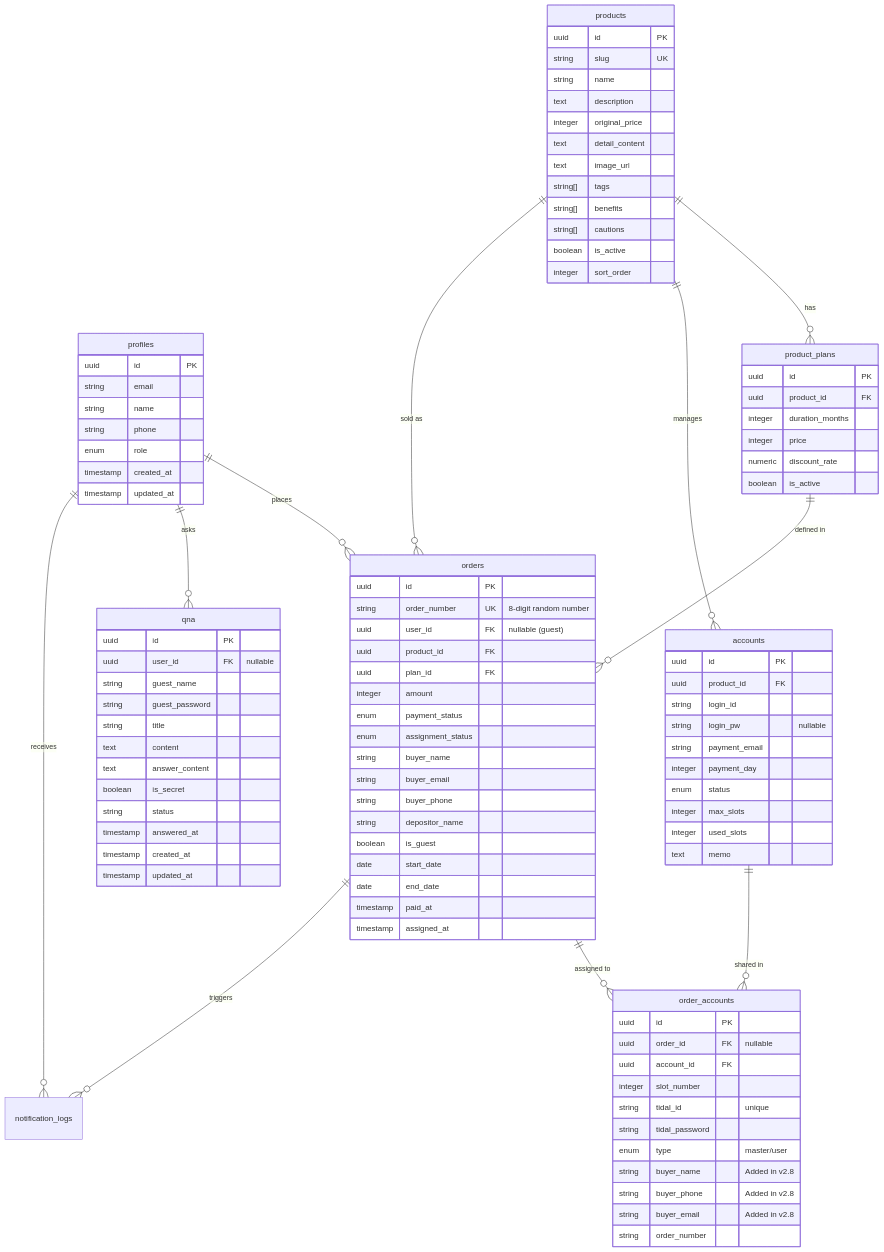
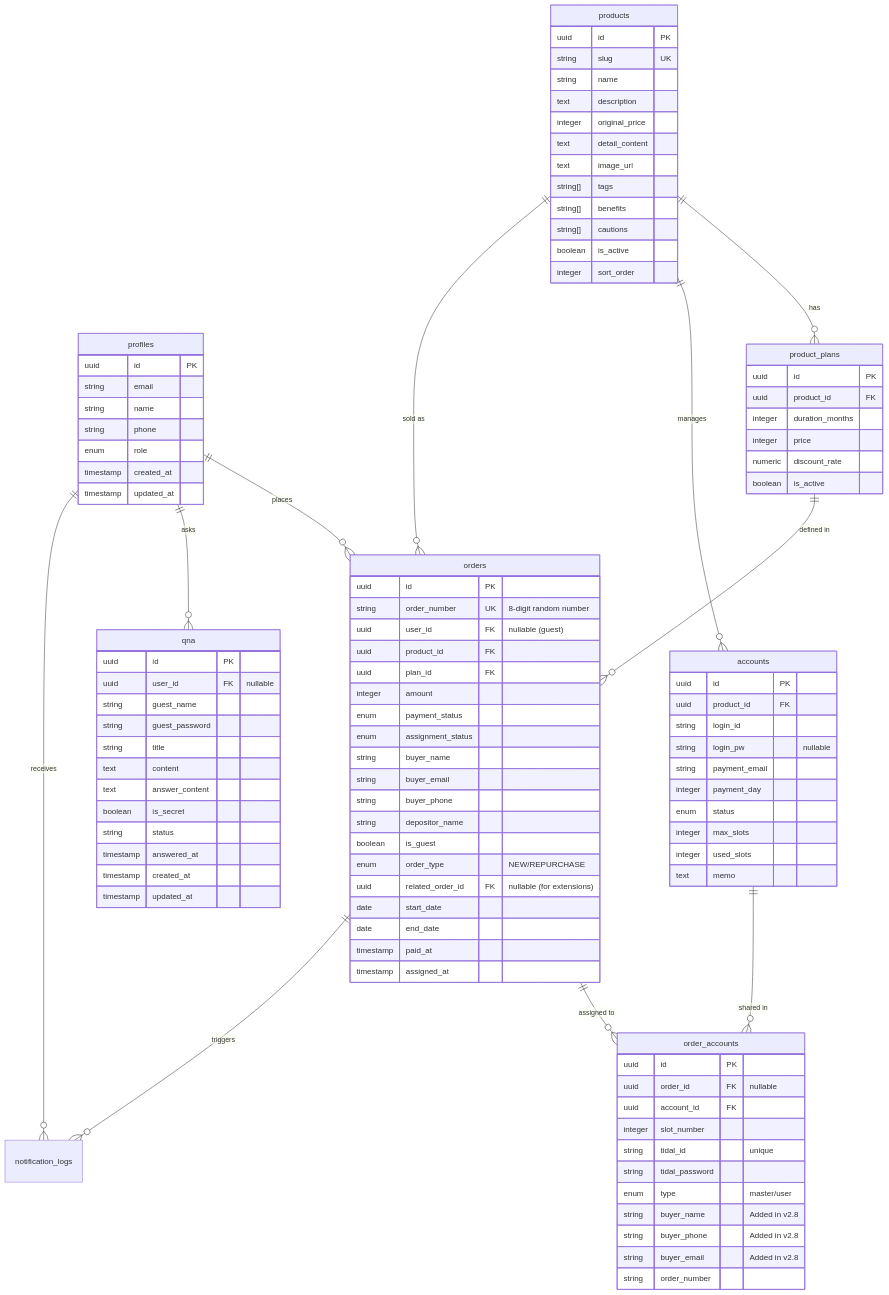
The diagram in docs/db_schema.md (jeon28/dalbus), drawn with Mermaid before and after one commit. The commit also changed other lines of this file and 1 other file, not shown here.

Commit message:
docs: update prd and db_schema with repurchase and service extension requirements

```diff
--- a/docs/db_schema.md
+++ b/docs/db_schema.md
@@ -80,6 +80,8 @@
         string buyer_phone
         string depositor_name
         boolean is_guest
+        enum order_type "NEW/REPURCHASE"
+        uuid related_order_id FK "nullable (for extensions)"
         date start_date
         date end_date
         timestamp paid_at
```
